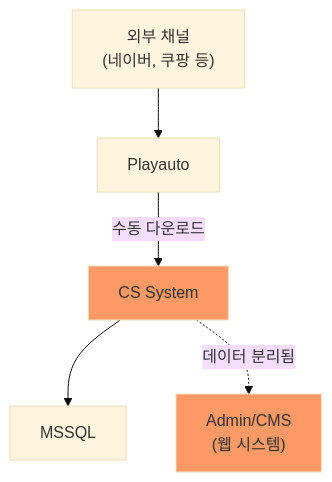
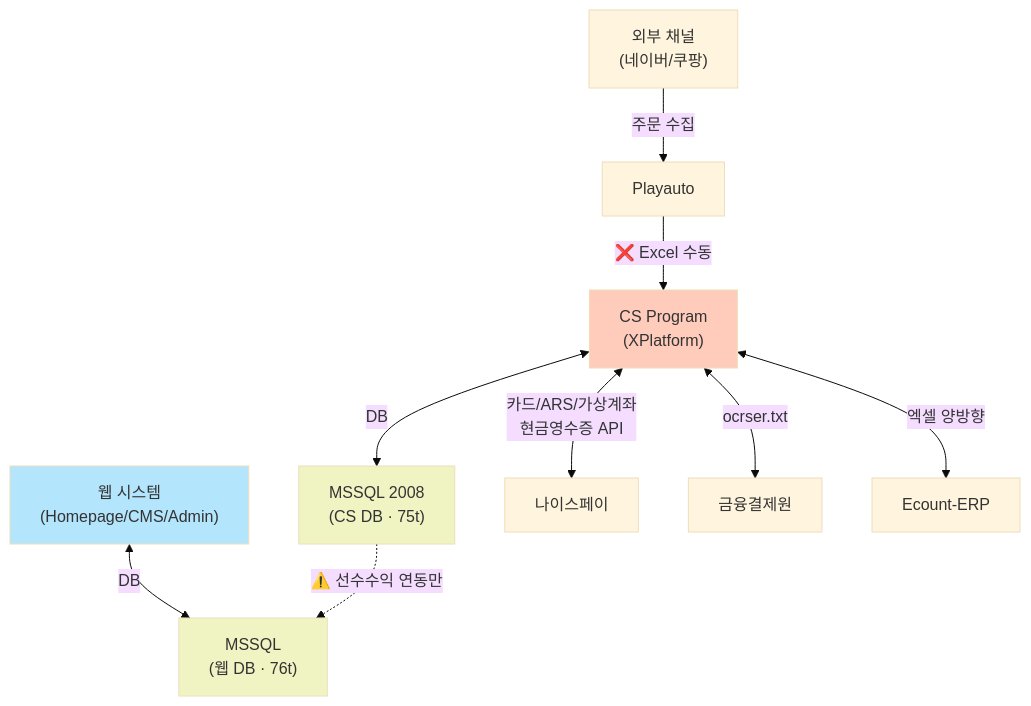
The second of 6 diagrams in src/content/docs/goodthinking-isp/02-analysis/system-diagnosis.md (sknkwoxs/manual-book), drawn with Mermaid (base theme) before and after one commit. The commit also changed other lines of this file and 3 other files, not shown here.

````diff
--- a/src/content/docs/goodthinking-isp/02-analysis/system-diagnosis.md
+++ b/src/content/docs/goodthinking-isp/02-analysis/system-diagnosis.md
@@ -58,16 +121,26 @@
 ```mermaid
 graph TD
-    EXT["외부 채널<br/>(네이버, 쿠팡 등)"]
-    PLAYAUTO["Playauto"]
-    CSSYS["CS System"]
-    MSSQL["MSSQL"]
-    ADMIN["Admin/CMS<br/>(웹 시스템)"]
-    
-    EXT --> PLAYAUTO
-    PLAYAUTO -->|수동 다운로드| CSSYS
-    CSSYS --> MSSQL
-    CSSYS -.->|데이터 분리됨| ADMIN
-    
-    style CSSYS fill:#f96
-    style ADMIN fill:#f96
+    EXT["외부 채널<br/>(네이버/쿠팡)"]
+    PA["Playauto"]
+    CS["CS Program<br/>(XPlatform)"]
+    CSDB["MSSQL 2008<br/>(CS DB · 75t)"]
+    WEBDB["MSSQL<br/>(웹 DB · 76t)"]
+    WEB["웹 시스템<br/>(Homepage/CMS/Admin)"]
+    NP["나이스페이"]
+    GF["금융결제원"]
+    EC["Ecount-ERP"]
+
+    EXT -->|"주문 수집"| PA
+    PA -->|"❌ Excel 수동"| CS
+    CS <-->|DB| CSDB
+    CS <-->|"카드/ARS/가상계좌<br/>현금영수증 API"| NP
+    CS <-->|"ocrser.txt"| GF
+    CS <-->|"엑셀 양방향"| EC
+    WEB <-->|DB| WEBDB
+    CSDB -.->|"⚠️ 선수수익 연동만"| WEBDB
+
+    style CS fill:#ffccbc
+    style WEB fill:#b3e5fc
+    style CSDB fill:#f0f4c3
+    style WEBDB fill:#f0f4c3
 ```
````
